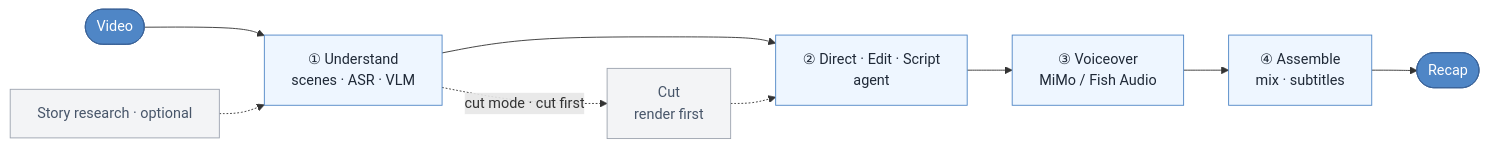
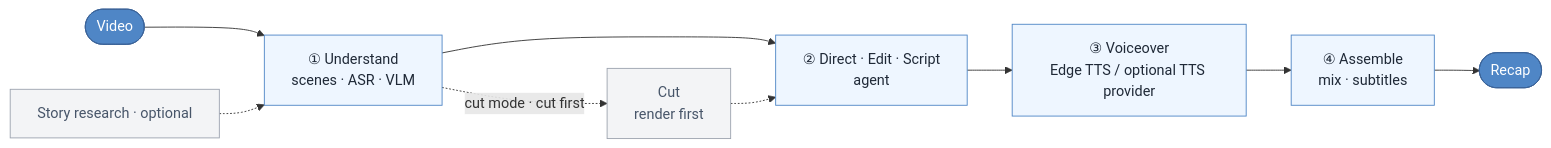
Before and after one commit to yatosomama/myanmar-video-recap-skills: the diagram in README.en.md, drawn with Mermaid. The commit also changed other lines of this file and 10 other files, not shown here.

````diff
--- a/README.en.md
+++ b/README.en.md
@@ -334,13 +335,13 @@
 ```mermaid
 flowchart LR
     video(["Video"]) --> understand["① Understand<br/>scenes · ASR · VLM"]
     research["Story research · optional"] -.-> understand
-    understand --> script["② Direct · Edit · Script<br/>agent"] --> voiceover["③ Voiceover<br/>MiMo / Fish Audio"] --> assemble["④ Assemble<br/>mix · subtitles"] --> output(["Recap"])
+    understand --> script["② Direct · Edit · Script<br/>agent"] --> voiceover["③ Voiceover<br/>Edge TTS / optional TTS provider"] --> assemble["④ Assemble<br/>mix · subtitles"] --> output(["Recap"])
     understand -. cut mode · cut first .-> cut["Cut<br/>render first"] -.-> script
     classDef io fill:#4f86c6,stroke:#3a6298,color:#fff;
     classDef stage fill:#eef6ff,stroke:#4f86c6,color:#1f2937;
     classDef opt fill:#f3f4f6,stroke:#9ca3af,color:#475569;
     class video,output io;
     class understand,script,voiceover,assemble stage;
     class research,cut opt;
 ```
````
